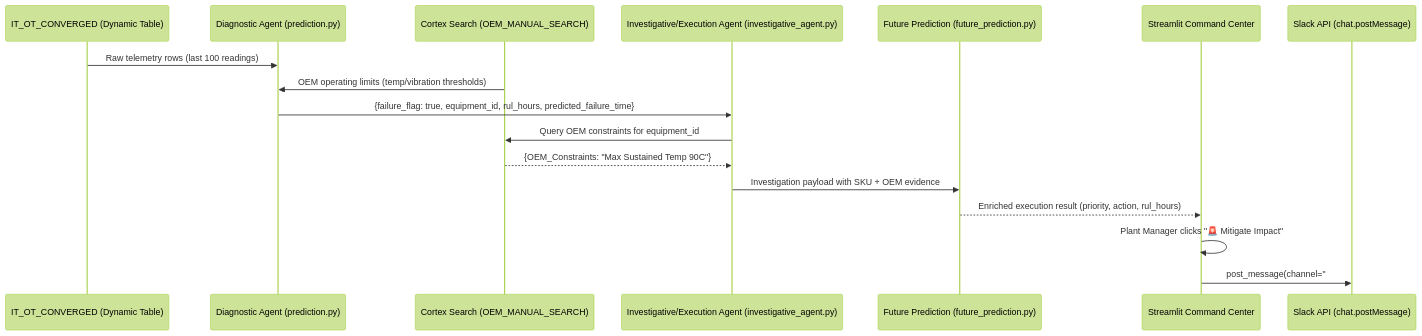
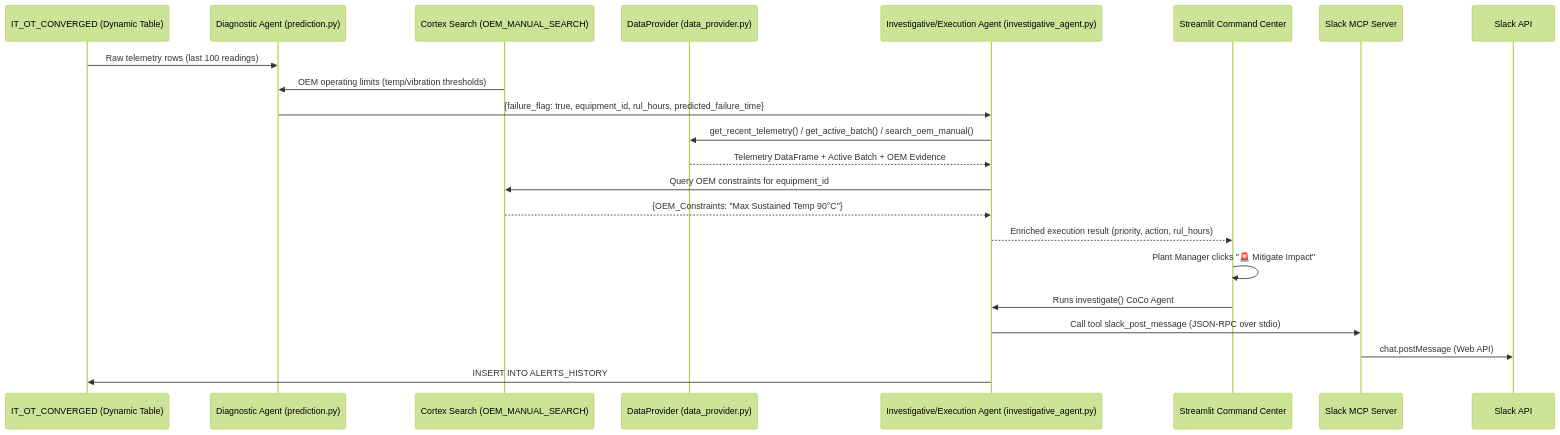
The second of 3 diagrams in README.md (nikhilpy/SKU-Specific-OEE-Degradation-Tracker), drawn with Mermaid (forest theme) before and after one commit. The commit also changed other lines of this file and 31 other files, not shown here.

Commit message:
feat: add SKU-Specific OEE Degradation Tracker project with detection workflows and Streamlit UI

````diff
--- a/README.md
+++ b/README.md
@@ -130,23 +104,29 @@
 ```mermaid
 sequenceDiagram
     participant OT as IT_OT_CONVERGED (Dynamic Table)
     participant DA as Diagnostic Agent (prediction.py)
     participant CS as Cortex Search (OEM_MANUAL_SEARCH)
+    participant DP as DataProvider (data_provider.py)
     participant IA as Investigative/Execution Agent (investigative_agent.py)
-    participant FP as Future Prediction (future_prediction.py)
     participant UI as Streamlit Command Center
-    participant SA as Slack API (chat.postMessage)
+    participant MCP as Slack MCP Server
+    participant Slack as Slack API
 
     OT->>DA: Raw telemetry rows (last 100 readings)
     CS->>DA: OEM operating limits (temp/vibration thresholds)
     DA->>IA: {failure_flag: true, equipment_id, rul_hours, predicted_failure_time}
     
+    IA->>DP: get_recent_telemetry() / get_active_batch() / search_oem_manual()
+    DP-->>IA: Telemetry DataFrame + Active Batch + OEM Evidence
+    
     IA->>CS: Query OEM constraints for equipment_id
-    CS-->>IA: {OEM_Constraints: "Max Sustained Temp 90C"}
+    CS-->>IA: {OEM_Constraints: "Max Sustained Temp 90°C"}
     
-    IA->>FP: Investigation payload with SKU + OEM evidence
-    FP-->>UI: Enriched execution result (priority, action, rul_hours)
+    IA-->>UI: Enriched execution result (priority, action, rul_hours)
     
     UI->>UI: Plant Manager clicks "🚨 Mitigate Impact"
-    UI->>SA: post_message(channel="#oee-production-alerts", text="URGENT: SKU-899...")
+    UI->>IA: Runs investigate() CoCo Agent
+    IA->>MCP: Call tool slack_post_message (JSON-RPC over stdio)
+    MCP->>Slack: chat.postMessage (Web API)
+    IA->>OT: INSERT INTO ALERTS_HISTORY
 ```
````
